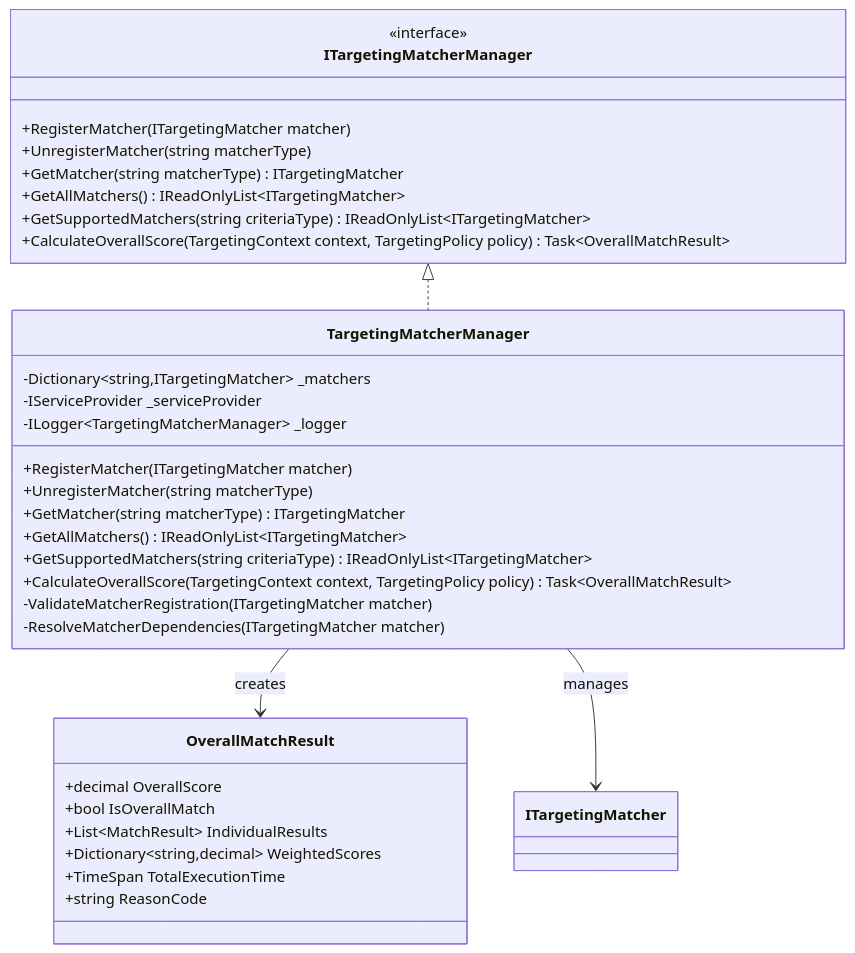
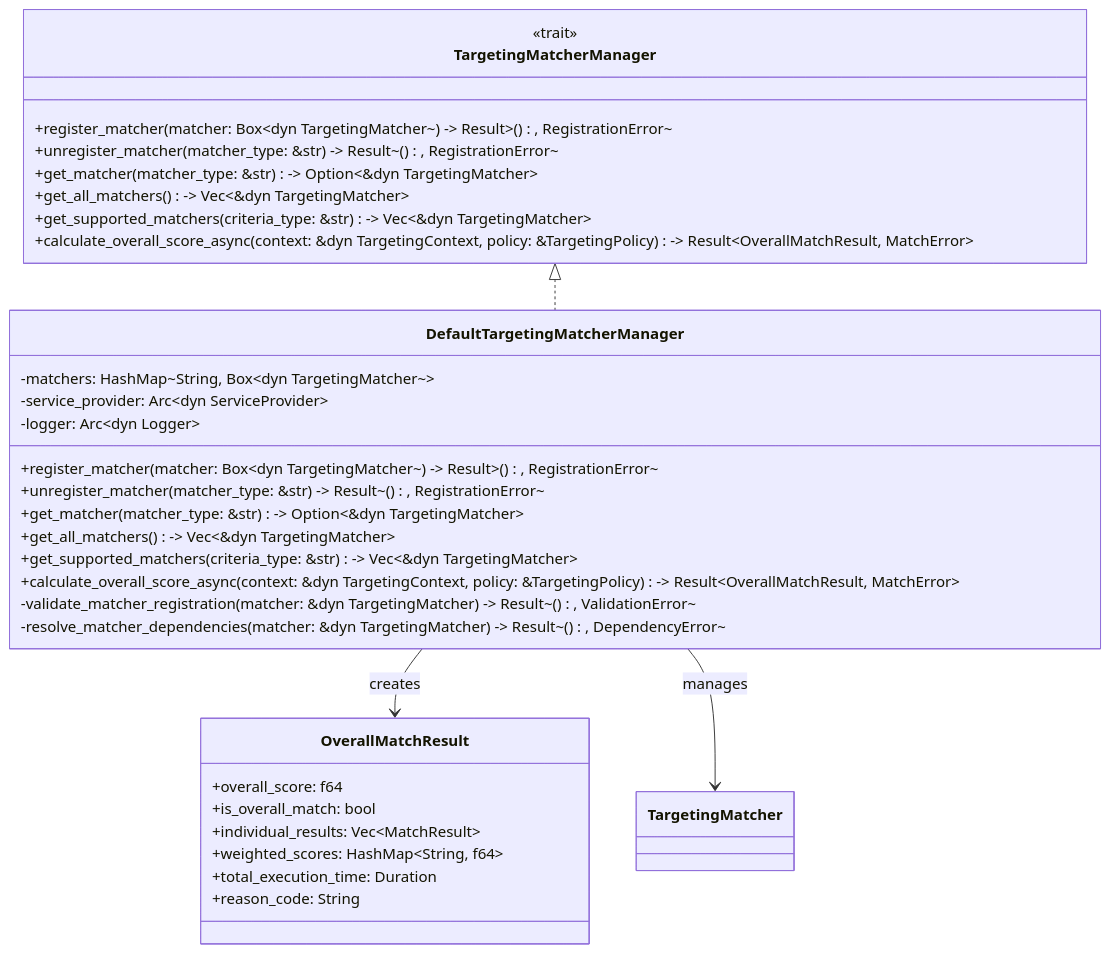
One commit to lornshrimp/Lorn.ADSP.Rust changed diagram 11 of 12 in docs_TecDesign/广告投放引擎/广告引擎抽象层设计.md. Above: the diagram before and after it, drawn with Mermaid. The commit also changed other lines of this file and 3 other files, not shown here.

````diff
--- a/docs_TecDesign/广告投放引擎/广告引擎抽象层设计.md
+++ b/docs_TecDesign/广告投放引擎/广告引擎抽象层设计.md
@@ -1154,39 +1223,39 @@
 ```mermaid
 classDiagram
-    class ITargetingMatcherManager {
-        <<interface>>
-        +RegisterMatcher(ITargetingMatcher matcher)
-        +UnregisterMatcher(string matcherType)
-        +GetMatcher(string matcherType) ITargetingMatcher
-        +GetAllMatchers() IReadOnlyList~ITargetingMatcher~
-        +GetSupportedMatchers(string criteriaType) IReadOnlyList~ITargetingMatcher~
-        +CalculateOverallScore(TargetingContext context, TargetingPolicy policy) Task~OverallMatchResult~
+    class TargetingMatcherManager {
+        <<trait>>
+        +register_matcher(matcher: Box~dyn TargetingMatcher~) -> Result~(), RegistrationError~
+        +unregister_matcher(matcher_type: &str) -> Result~(), RegistrationError~
+        +get_matcher(matcher_type: &str) -> Option~&dyn TargetingMatcher~
+        +get_all_matchers() -> Vec~&dyn TargetingMatcher~
+        +get_supported_matchers(criteria_type: &str) -> Vec~&dyn TargetingMatcher~
+        +calculate_overall_score_async(context: &dyn TargetingContext, policy: &TargetingPolicy) -> Result~OverallMatchResult, MatchError~
     }
     
-    class TargetingMatcherManager {
-        -Dictionary~string,ITargetingMatcher~ _matchers
-        -IServiceProvider _serviceProvider
-        -ILogger~TargetingMatcherManager~ _logger
-        +RegisterMatcher(ITargetingMatcher matcher)
-        +UnregisterMatcher(string matcherType)
-        +GetMatcher(string matcherType) ITargetingMatcher
-        +GetAllMatchers() IReadOnlyList~ITargetingMatcher~
-        +GetSupportedMatchers(string criteriaType) IReadOnlyList~ITargetingMatcher~
-        +CalculateOverallScore(TargetingContext context, TargetingPolicy policy) Task~OverallMatchResult~
-        -ValidateMatcherRegistration(ITargetingMatcher matcher)
-        -ResolveMatcherDependencies(ITargetingMatcher matcher)
+    class DefaultTargetingMatcherManager {
+        -matchers: HashMap~String, Box~dyn TargetingMatcher~~
+        -service_provider: Arc~dyn ServiceProvider~
+        -logger: Arc~dyn Logger~
+        +register_matcher(matcher: Box~dyn TargetingMatcher~) -> Result~(), RegistrationError~
+        +unregister_matcher(matcher_type: &str) -> Result~(), RegistrationError~
+        +get_matcher(matcher_type: &str) -> Option~&dyn TargetingMatcher~
+        +get_all_matchers() -> Vec~&dyn TargetingMatcher~
+        +get_supported_matchers(criteria_type: &str) -> Vec~&dyn TargetingMatcher~
+        +calculate_overall_score_async(context: &dyn TargetingContext, policy: &TargetingPolicy) -> Result~OverallMatchResult, MatchError~
+        -validate_matcher_registration(matcher: &dyn TargetingMatcher) -> Result~(), ValidationError~
+        -resolve_matcher_dependencies(matcher: &dyn TargetingMatcher) -> Result~(), DependencyError~
     }
     
     class OverallMatchResult {
-        +decimal OverallScore
-        +bool IsOverallMatch
-        +List~MatchResult~ IndividualResults
-        +Dictionary~string,decimal~ WeightedScores
-        +TimeSpan TotalExecutionTime
-        +string ReasonCode
+        +overall_score: f64
+        +is_overall_match: bool
+        +individual_results: Vec~MatchResult~
+        +weighted_scores: HashMap~String, f64~
+        +total_execution_time: Duration
+        +reason_code: String
     }
     
-    ITargetingMatcherManager <|.. TargetingMatcherManager
-    TargetingMatcherManager --> OverallMatchResult : creates
-    TargetingMatcherManager --> ITargetingMatcher : manages
+    TargetingMatcherManager <|.. DefaultTargetingMatcherManager
+    DefaultTargetingMatcherManager --> OverallMatchResult : creates
+    DefaultTargetingMatcherManager --> TargetingMatcher : manages
 ```
````
